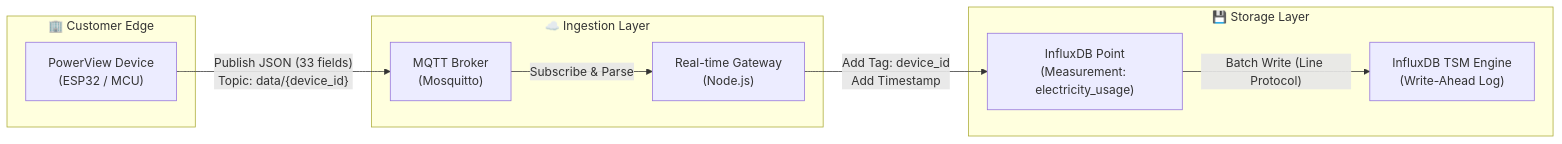
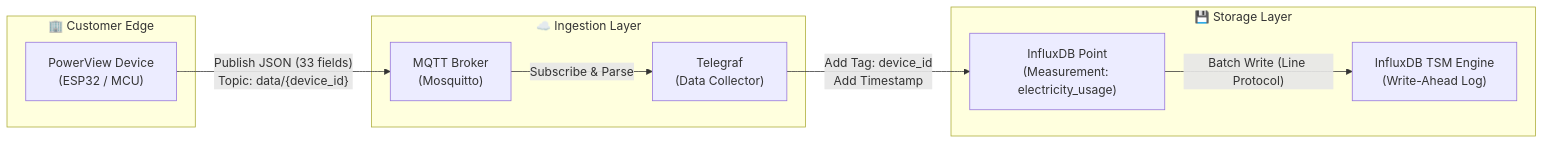
One commit to u65042380107/share changed the third of 30 diagrams in BILLING_AND_TIERS_SYSTEM.md. Above: the diagram before and after it, drawn with Mermaid. The commit also changed other lines of this file, not shown here.

````diff
--- a/BILLING_AND_TIERS_SYSTEM.md
+++ b/BILLING_AND_TIERS_SYSTEM.md
@@ -139,21 +136,21 @@
 ```mermaid
 flowchart LR
     subgraph Edge ["🏢 Customer Edge"]
         HW["PowerView Device<br/>(ESP32 / MCU)"]
     end
     
     subgraph Ingestion ["☁️ Ingestion Layer"]
         MQTT["MQTT Broker<br/>(Mosquitto)"]
-        GW["Real-time Gateway<br/>(Node.js)"]
+        GW["Telegraf<br/>(Data Collector)"]
     end
     
     subgraph Storage ["💾 Storage Layer"]
         Point["InfluxDB Point<br/>(Measurement: electricity_usage)"]
         Influx["InfluxDB TSM Engine<br/>(Write-Ahead Log)"]
     end
 
     HW -- "Publish JSON (33 fields)<br/>Topic: data/{device_id}" --> MQTT
     MQTT -- "Subscribe & Parse" --> GW
     GW -- "Add Tag: device_id<br/>Add Timestamp" --> Point
     Point -- "Batch Write (Line Protocol)" --> Influx
 ```
````
